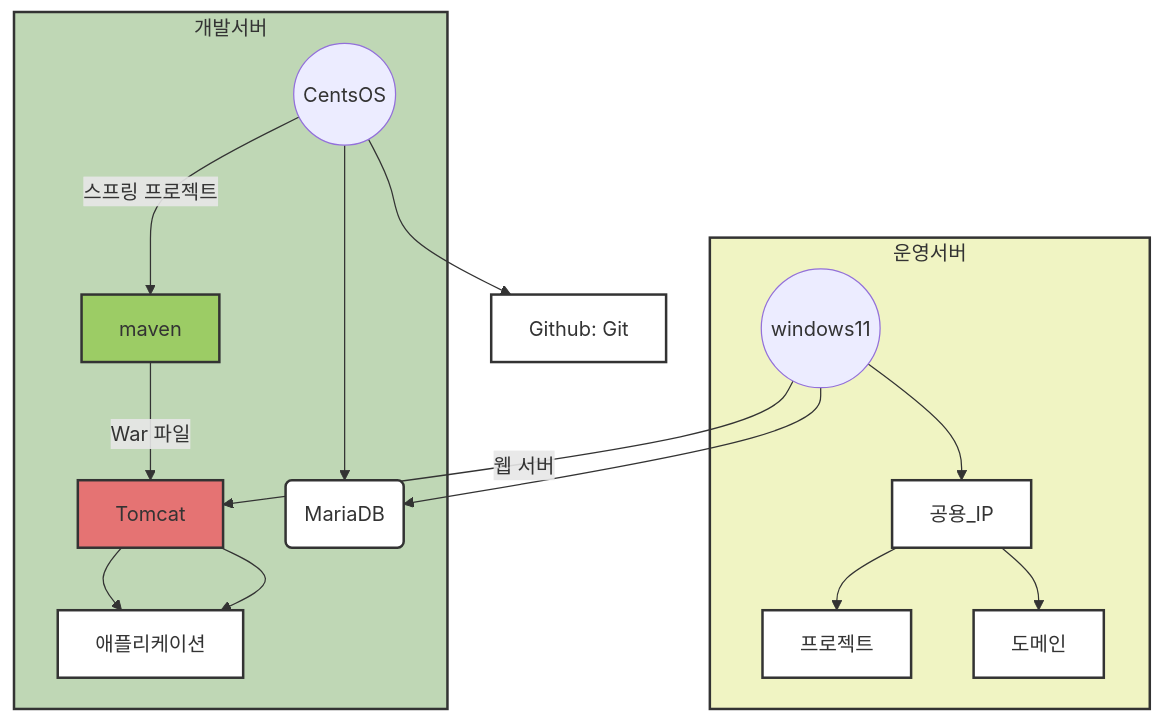
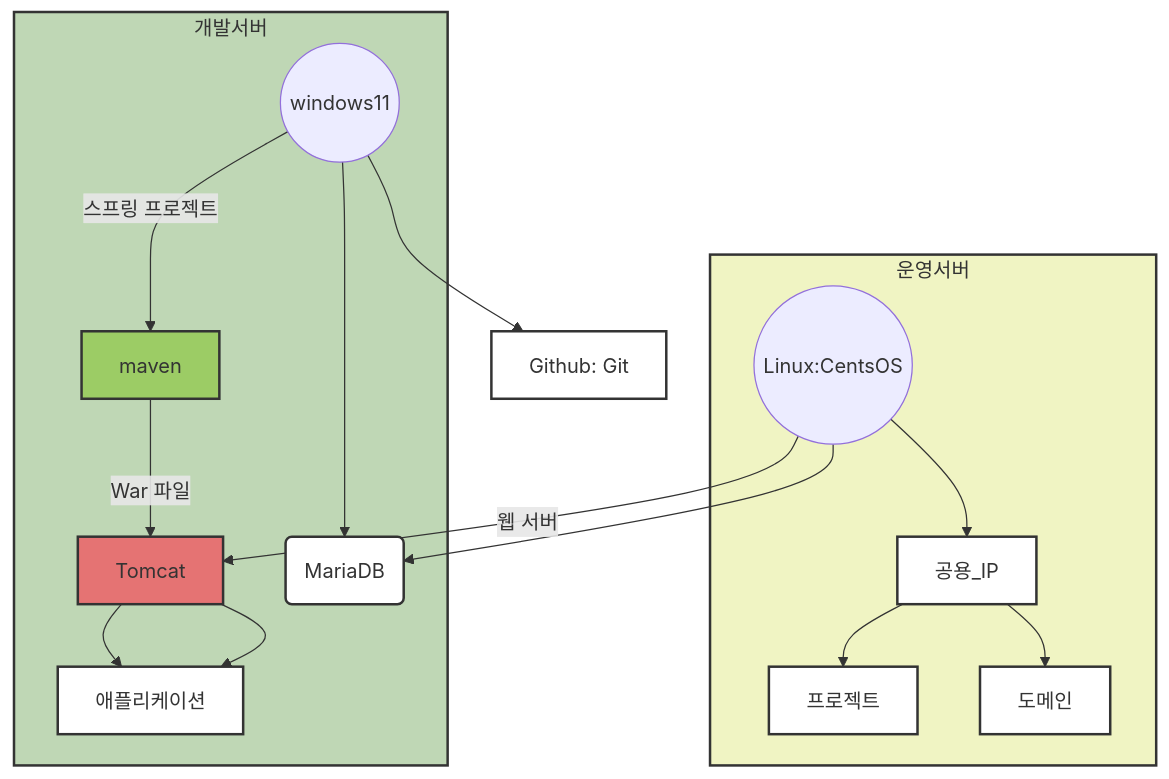
The first of 2 diagrams in README.md (sujins0311/Board), drawn with Mermaid before and after one commit.

````diff
--- a/README.md
+++ b/README.md
@@ -80,32 +80,32 @@
 ```mermaid
 graph TD;
 
     subgraph 개발서버
-        A((CentsOS)) -->|스프링 프로젝트|maven;
+        A((windows11)) -->|스프링 프로젝트|maven;
         maven -->|War 파일| Tomcat;
         Tomcat --> 애플리케이션;
         A --> DB서버(MariaDB);
     end
 
     subgraph 운영서버
-        B((windows11)) -->|웹 서버| Tomcat;
+        B((Linux:CentsOS)) -->|웹 서버| Tomcat;
         Tomcat --> 애플리케이션;
         B --> DB서버(MariaDB);
         B --> 공용_IP;
         공용_IP --> 프로젝트;
         공용_IP --> 도메인;
     end
 
     A --> GitHub[Github: Git];
 
     style 개발서버 fill:#BFD7B5,stroke:#333,stroke-width:2px;
     style 운영서버 fill:#F0F4C3,stroke:#333,stroke-width:2px;
     style maven fill:#9CCC65,stroke:#333,stroke-width:2px;
     style Tomcat fill:#E57373,stroke:#333,stroke-width:2px;
     style 애플리케이션 fill:#fff,stroke:#333,stroke-width:2px;
     style DB서버 fill:#fff,stroke:#333,stroke-width:2px;
     style 공용_IP fill:#fff,stroke:#333,stroke-width:2px;
     style 프로젝트 fill:#fff,stroke:#333,stroke-width:2px;
     style 도메인 fill:#fff,stroke:#333,stroke-width:2px;
     style GitHub fill:#fff,stroke:#333,stroke-width:2px;
 ```
````
